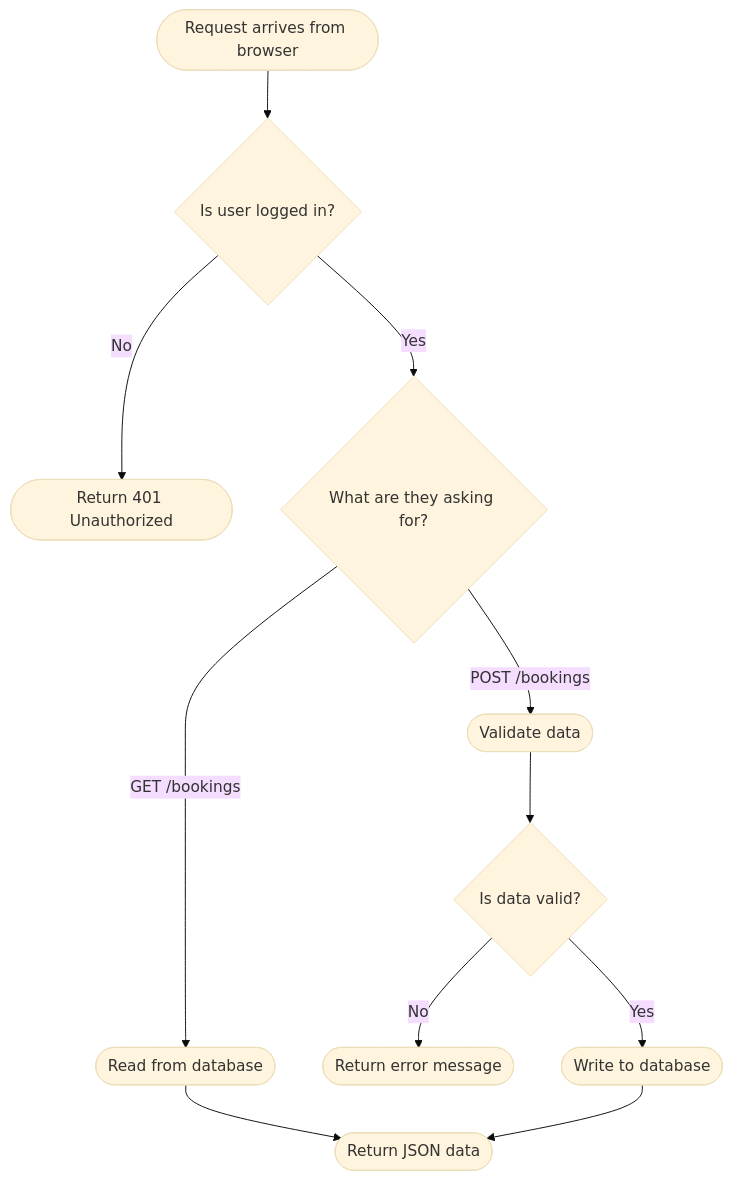
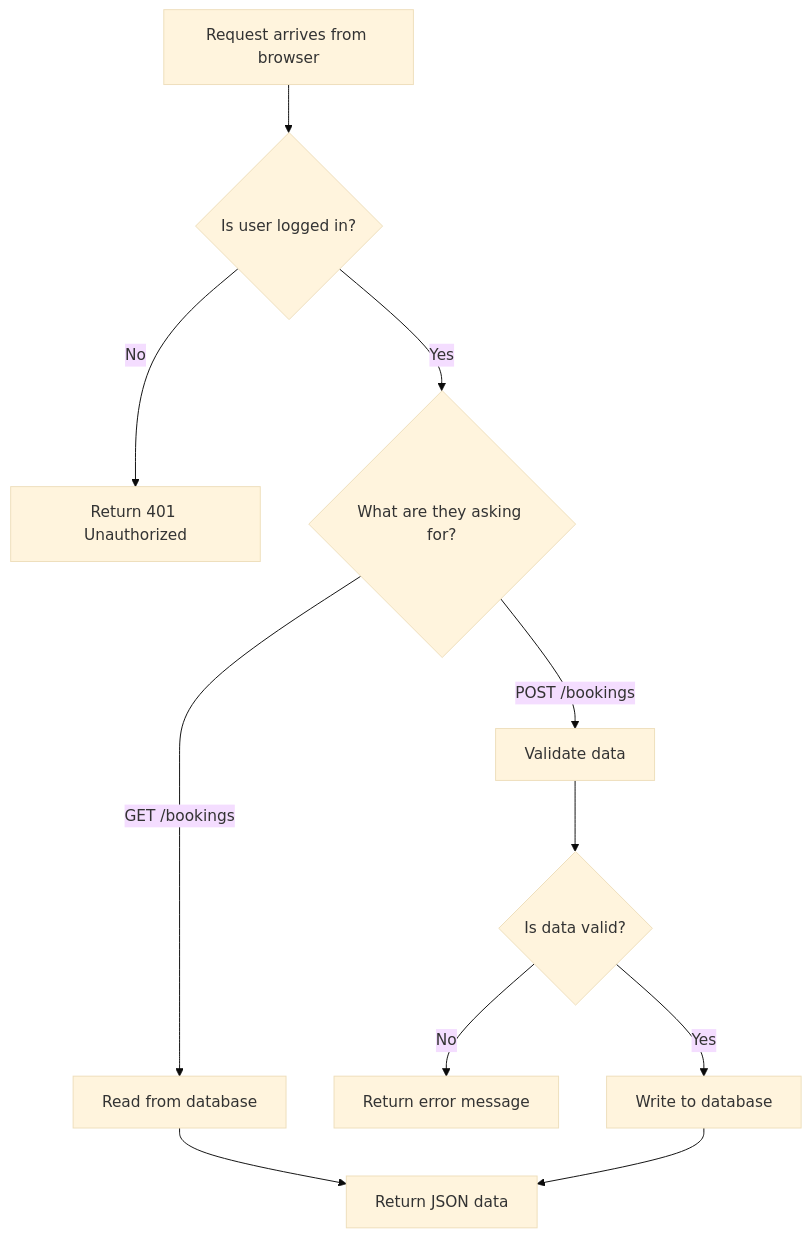
Before and after one commit to wongjinar-ai/expample: the second of 7 diagrams in learning/02-backend.md, drawn with Mermaid (base theme). The commit also changed 5 other files, not shown here.

````diff
--- a/learning/02-backend.md
+++ b/learning/02-backend.md
@@ -37,13 +37,13 @@
 ```mermaid
 flowchart TD
-    A([Request arrives from browser]) --> B{Is user logged in?}
-    B -->|No| C([Return 401 Unauthorized])
+    A[Request arrives from browser] --> B{Is user logged in?}
+    B -->|No| C[Return 401 Unauthorized]
     B -->|Yes| D{What are they asking for?}
-    D -->|GET /bookings| E([Read from database])
-    D -->|POST /bookings| F([Validate data])
+    D -->|GET /bookings| E[Read from database]
+    D -->|POST /bookings| F[Validate data]
     F --> G{Is data valid?}
-    G -->|No| H([Return error message])
-    G -->|Yes| I([Write to database])
-    E --> J([Return JSON data])
+    G -->|No| H[Return error message]
+    G -->|Yes| I[Write to database]
+    E --> J[Return JSON data]
     I --> J
 ```
````
